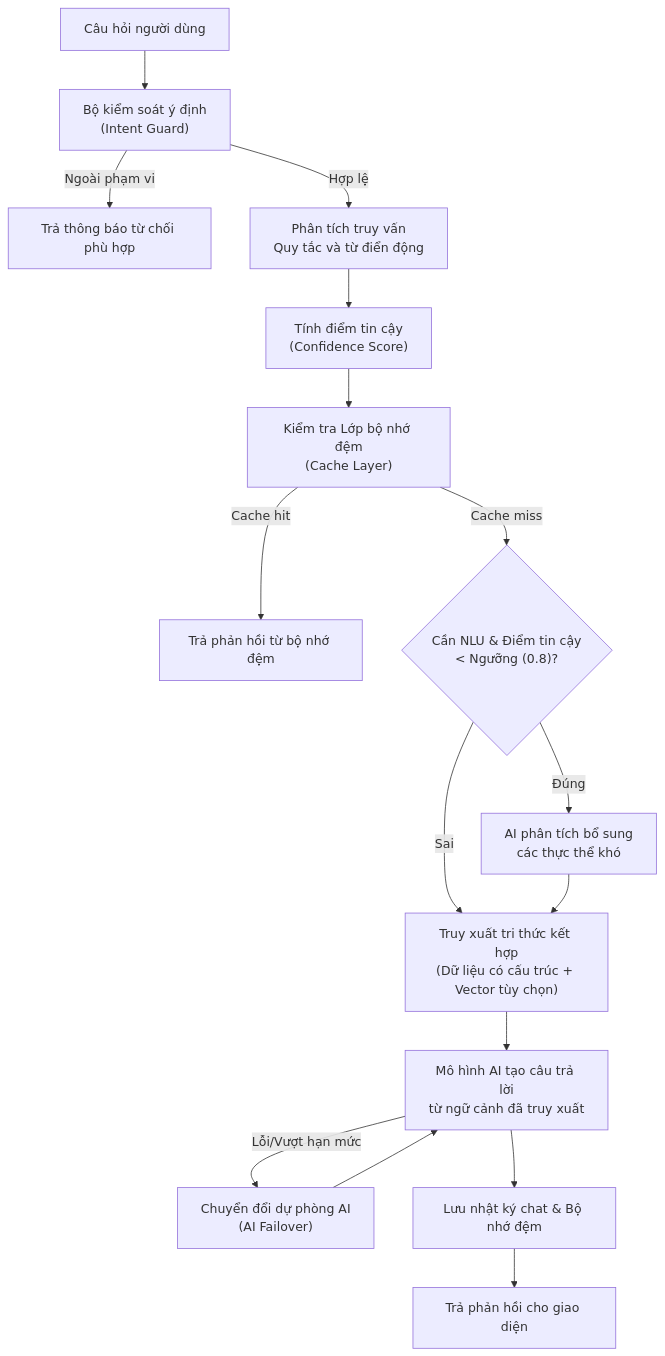
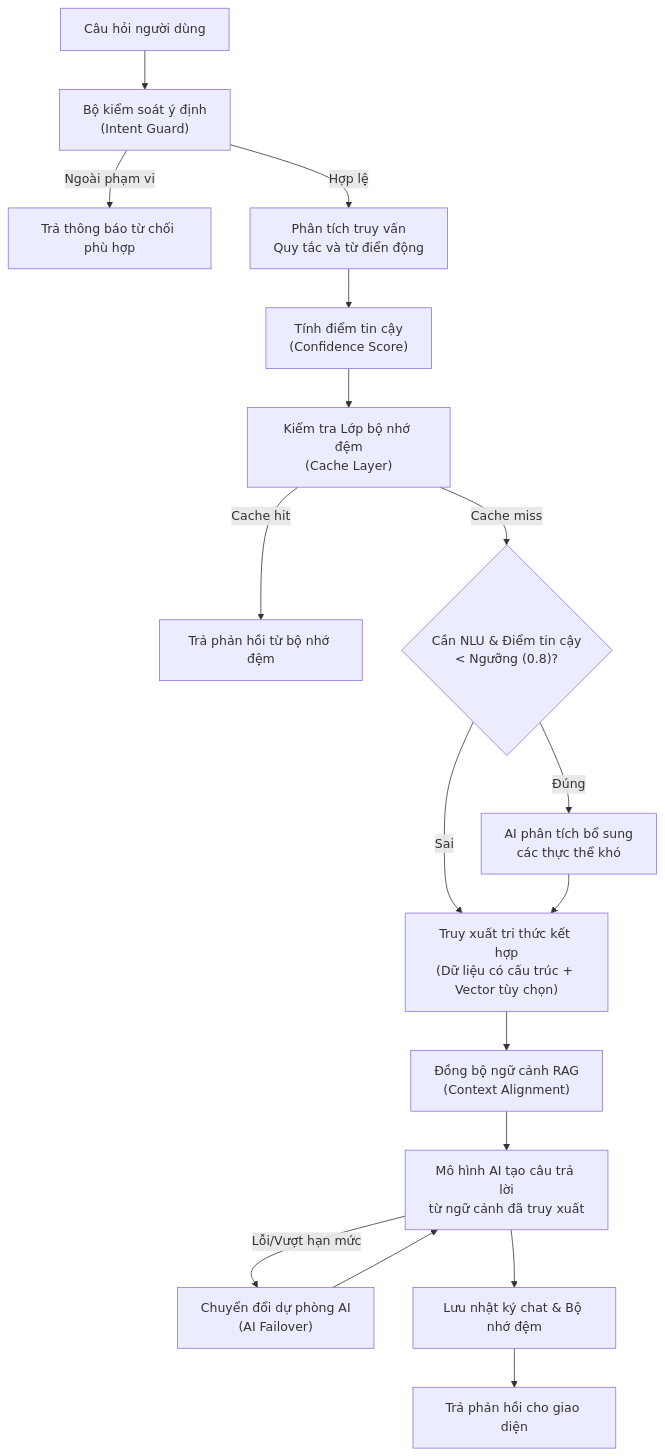
One commit to TayDuyNguyen/DATN_Document changed the seventh of 9 diagrams in bao-cao-do-an-danangtrip-md/03_chuong_2_phan_tich_thiet_ke_he_thong.md. Above: the diagram before and after it, drawn with Mermaid. The commit also changed other lines of this file and 9 other files, not shown here.

````diff
--- a/bao-cao-do-an-danangtrip-md/03_chuong_2_phan_tich_thiet_ke_he_thong.md
+++ b/bao-cao-do-an-danangtrip-md/03_chuong_2_phan_tich_thiet_ke_he_thong.md
@@ -532,18 +542,19 @@
 ```mermaid
 flowchart TD
     A["Câu hỏi người dùng"] --> B["Bộ kiểm soát ý định\n(Intent Guard)"]
     B -->|Ngoài phạm vi| C["Trả thông báo từ chối phù hợp"]
     B -->|Hợp lệ| D["Phân tích truy vấn\nQuy tắc và từ điển động"]
     D --> E["Tính điểm tin cậy\n(Confidence Score)"]
     E --> H["Kiểm tra Lớp bộ nhớ đệm\n(Cache Layer)"]
     H -->|Cache hit| I["Trả phản hồi từ bộ nhớ đệm"]
     H -->|Cache miss| F{"Cần NLU & Điểm tin cậy\n< Ngưỡng (0.8)?"}
     F -->|Đúng| G["AI phân tích bổ sung\ncác thực thể khó"]
     F -->|Sai| J["Truy xuất tri thức kết hợp\n(Dữ liệu có cấu trúc + Vector tùy chọn)"]
     G --> J
-    J --> K["Mô hình AI tạo câu trả lời\ntừ ngữ cảnh đã truy xuất"]
+    J --> JA["Đồng bộ ngữ cảnh RAG\n(Context Alignment)"]
+    JA --> K["Mô hình AI tạo câu trả lời\ntừ ngữ cảnh đã truy xuất"]
     K -->|Lỗi/Vượt hạn mức| L["Chuyển đổi dự phòng AI\n(AI Failover)"]
     L --> K
     K --> M["Lưu nhật ký chat & Bộ nhớ đệm"]
     M --> N["Trả phản hồi cho giao diện"]
 ```
````
